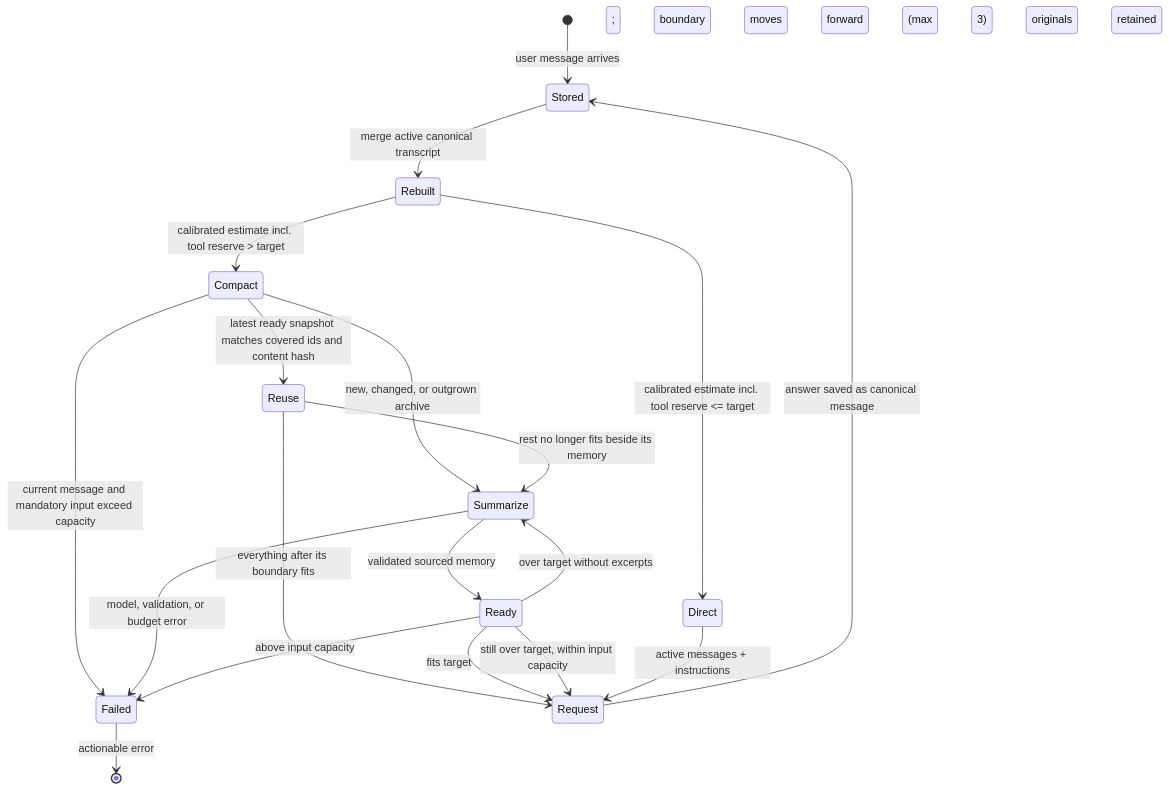
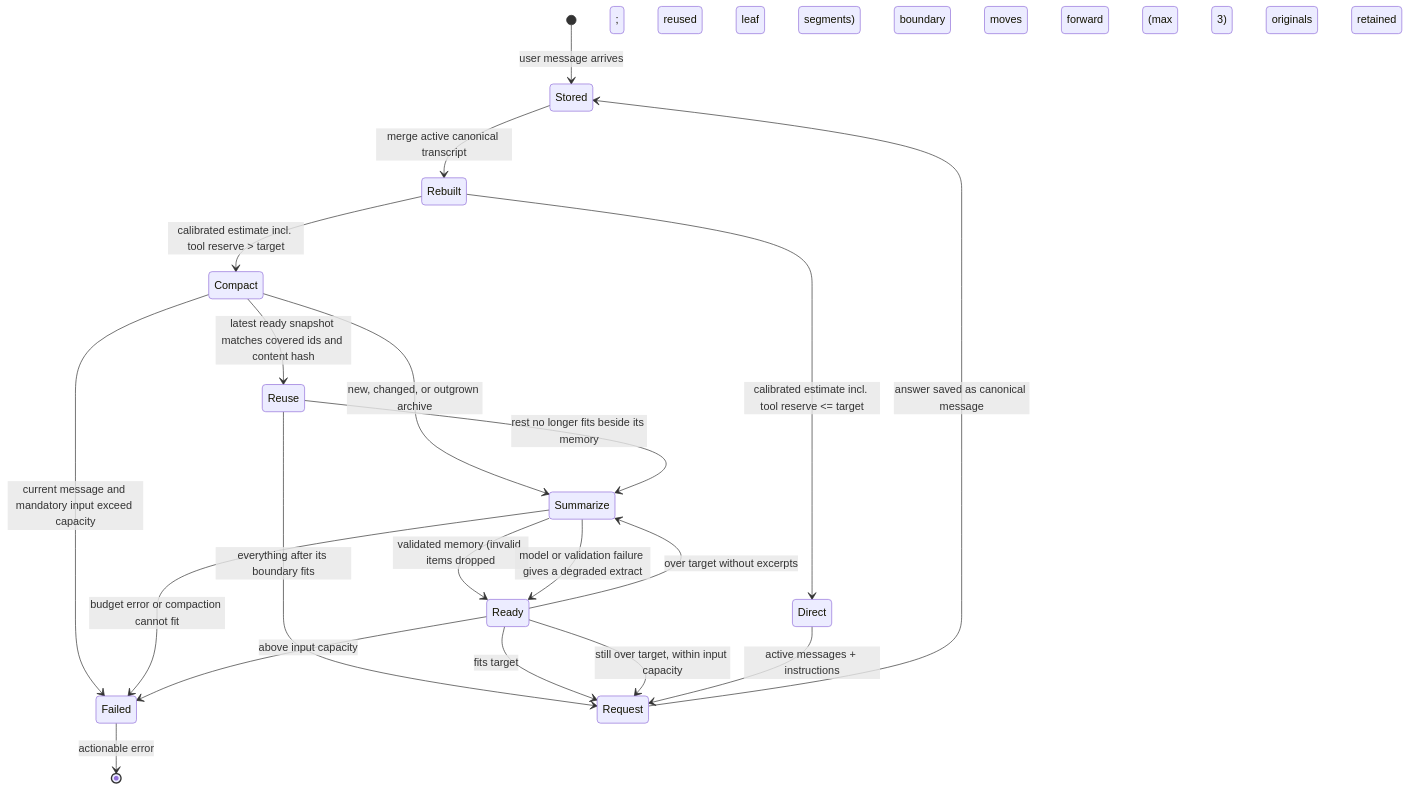
Before and after one commit to berylliumsec/nebula: the first of 2 diagrams in docs/design/assistant-context-state-machine.md, drawn with Mermaid. The commit also changed other lines of this file and 12 other files, not shown here.

````diff
--- a/docs/design/assistant-context-state-machine.md
+++ b/docs/design/assistant-context-state-machine.md
@@ -12,21 +12,22 @@
 ```mermaid
 stateDiagram-v2
     [*] --> Stored: user message arrives
     Stored --> Rebuilt: merge active canonical transcript
     Rebuilt --> Direct: calibrated estimate incl. tool reserve <= target
     Rebuilt --> Compact: calibrated estimate incl. tool reserve > target
     Compact --> Reuse: latest ready snapshot matches covered ids and content hash
     Compact --> Summarize: new, changed, or outgrown archive
     Compact --> Failed: current message and mandatory input exceed capacity
     Reuse --> Request: everything after its boundary fits
     Reuse --> Summarize: rest no longer fits beside its memory
-    Summarize --> Ready: validated sourced memory
-    Summarize --> Failed: model, validation, or budget error
+    Summarize --> Ready: validated memory (invalid items dropped; reused leaf segments)
+    Summarize --> Ready: model or validation failure gives a degraded extract
+    Summarize --> Failed: budget error or compaction cannot fit
     Ready --> Request: fits target
     Ready --> Summarize: over target without excerpts; boundary moves forward (max 3)
     Ready --> Request: still over target, within input capacity
     Ready --> Failed: above input capacity
     Direct --> Request: active messages + instructions
     Failed --> [*]: actionable error; originals retained
     Request --> Stored: answer saved as canonical message
 ```
````
